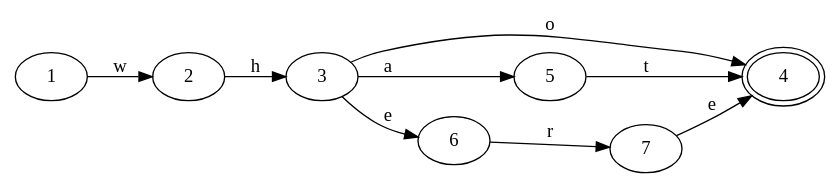
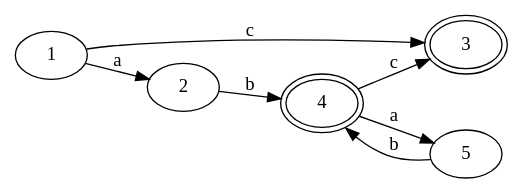
One commit to JuanZoran/Principle-of-compilation-from-scratch changed the third of 3 diagrams in lua_demo/README.md. Above: the diagram before and after it, drawn with Graphviz. The commit also changed other lines of this file and 12 other files, not shown here.

````diff
--- a/lua_demo/README.md
+++ b/lua_demo/README.md
@@ -69,14 +55,13 @@
 ```dot
 digraph {
 rankdir = LR
+3 [peripheries=2]
 4 [peripheries=2]
-1 -> 2 [label="w"]
-2 -> 3 [label="h"]
-3 -> 4 [label="o"]
-3 -> 5 [label="a"]
-3 -> 6 [label="e"]
-5 -> 4 [label="t"]
-6 -> 7 [label="r"]
-7 -> 4 [label="e"]
+1 -> 2 [label="a"]
+1 -> 3 [label="c"]
+2 -> 4 [label="b"]
+4 -> 5 [label="a"]
+4 -> 3 [label="c"]
+5 -> 4 [label="b"]
 }
 ```
````
